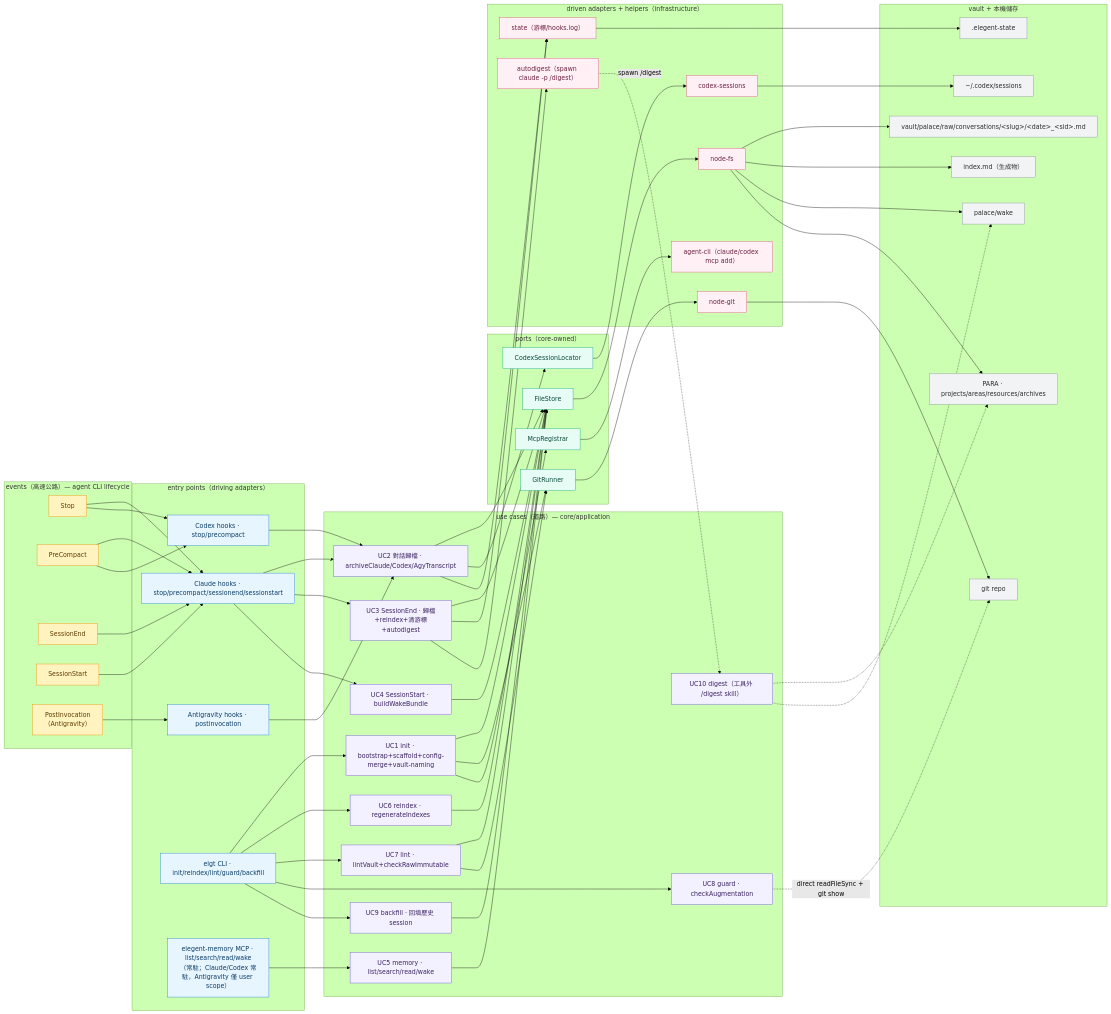
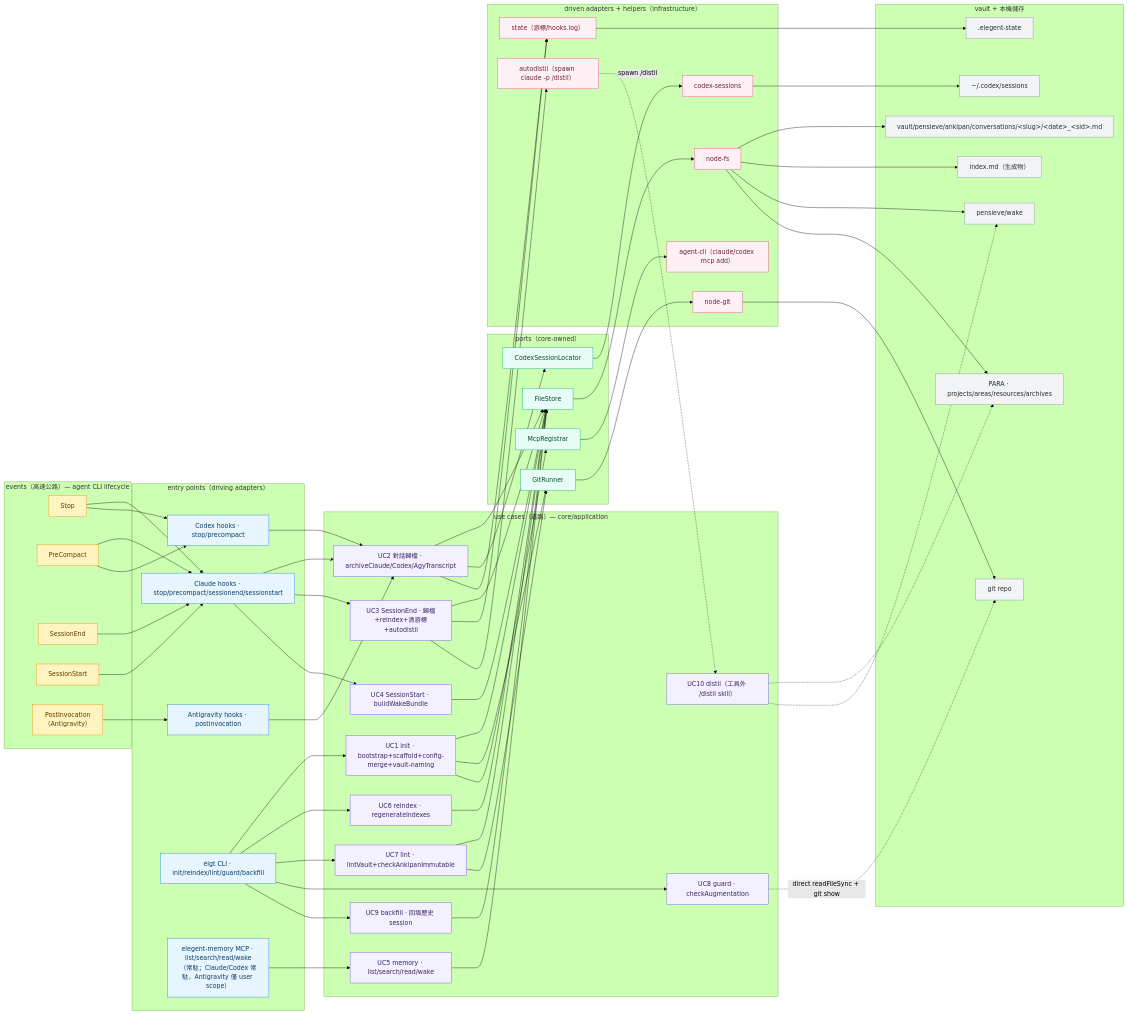
The diagram in docs/architecture/application-map.md (neokn/elegent), drawn with Mermaid (forest theme) before and after one commit. The commit also changed other lines of this file and 55 other files, not shown here.

First line of the commit message:
refactor(rename)!: digest→distil、palace→pensieve、raw→ankipan 全域改名

````diff
--- a/docs/architecture/application-map.md
+++ b/docs/architecture/application-map.md
@@ -26,14 +26,14 @@
     subgraph UC["use cases（道路）— core/application"]
         UC1["UC1 init · bootstrap+scaffold+config-merge+vault-naming"]
         UC2["UC2 對話歸檔 · archiveClaude/Codex/AgyTranscript"]
-        UC3["UC3 SessionEnd · 歸檔+reindex+清游標+autodigest"]
+        UC3["UC3 SessionEnd · 歸檔+reindex+清游標+autodistil"]
         UC4["UC4 SessionStart · buildWakeBundle"]
         UC5["UC5 memory · list/search/read/wake"]
         UC6["UC6 reindex · regenerateIndexes"]
-        UC7["UC7 lint · lintVault+checkRawImmutable"]
+        UC7["UC7 lint · lintVault+checkAnkipanImmutable"]
         UC8["UC8 guard · checkAugmentation"]
         UC9["UC9 backfill · 回填歷史 session"]
-        UC10["UC10 digest（工具外 /digest skill）"]
+        UC10["UC10 distil（工具外 /distil skill）"]
     end
 
     subgraph PT["ports（core-owned）"]
@@ -49,13 +49,13 @@
         AD_cx["codex-sessions"]
         AD_cli["agent-cli（claude/codex mcp add）"]
         AD_st["state（游標/hooks.log）"]
-        AD_dg["autodigest（spawn claude -p /digest）"]
+        AD_dg["autodistil（spawn claude -p /distil）"]
     end
 
     subgraph VS["vault + 本機儲存"]
-        V_raw["vault/palace/raw/conversations/&lt;slug&gt;/&lt;date&gt;_&lt;sid&gt;.md"]
+        V_ankipan["vault/pensieve/ankipan/conversations/&lt;slug&gt;/&lt;date&gt;_&lt;sid&gt;.md"]
         V_idx["index.md（生成物）"]
-        V_wake["palace/wake"]
+        V_wake["pensieve/wake"]
         V_para["PARA · projects/areas/resources/archives"]
         S_cx["~/.codex/sessions"]
         S_state[".elegent-state"]
@@ -104,7 +104,7 @@
     PT_loc --> AD_cx
     PT_mcp --> AD_cli
 
-    AD_fs --> V_raw
+    AD_fs --> V_ankipan
     AD_fs --> V_idx
     AD_fs --> V_wake
     AD_fs --> V_para
@@ -113,7 +113,7 @@
     AD_st --> S_state
     UC8 -.->|"direct readFileSync + git show"| G_repo
 
-    AD_dg -.->|"spawn /digest"| UC10
+    AD_dg -.->|"spawn /distil"| UC10
     UC10 -.-> V_para
     UC10 -.-> V_wake
 
@@ -129,5 +129,5 @@
     class UC1,UC2,UC3,UC4,UC5,UC6,UC7,UC8,UC9,UC10 uc;
     class PT_fs,PT_git,PT_loc,PT_mcp port;
     class AD_fs,AD_git,AD_cx,AD_cli,AD_st,AD_dg adapter;
-    class V_raw,V_idx,V_wake,V_para,S_cx,S_state,G_repo store;
+    class V_ankipan,V_idx,V_wake,V_para,S_cx,S_state,G_repo store;
 ```
````
